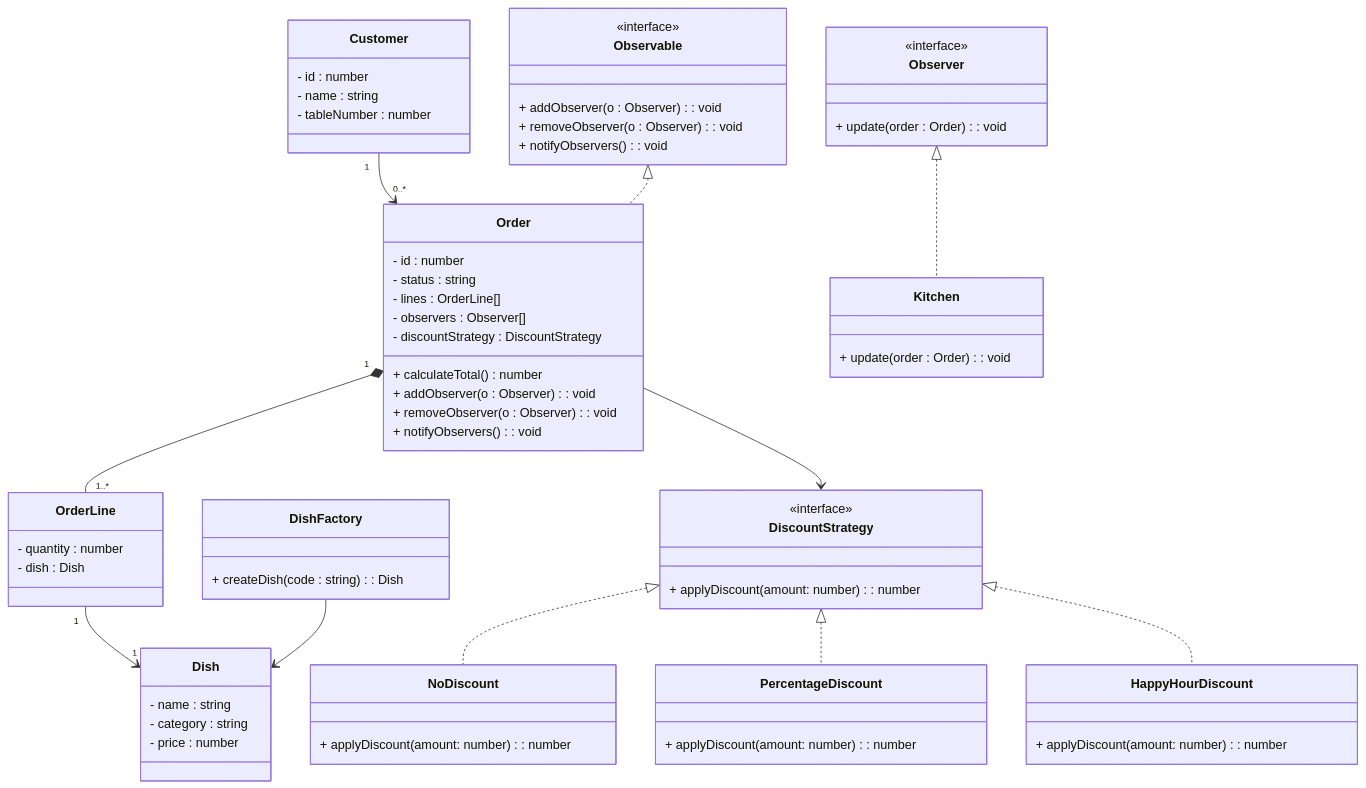
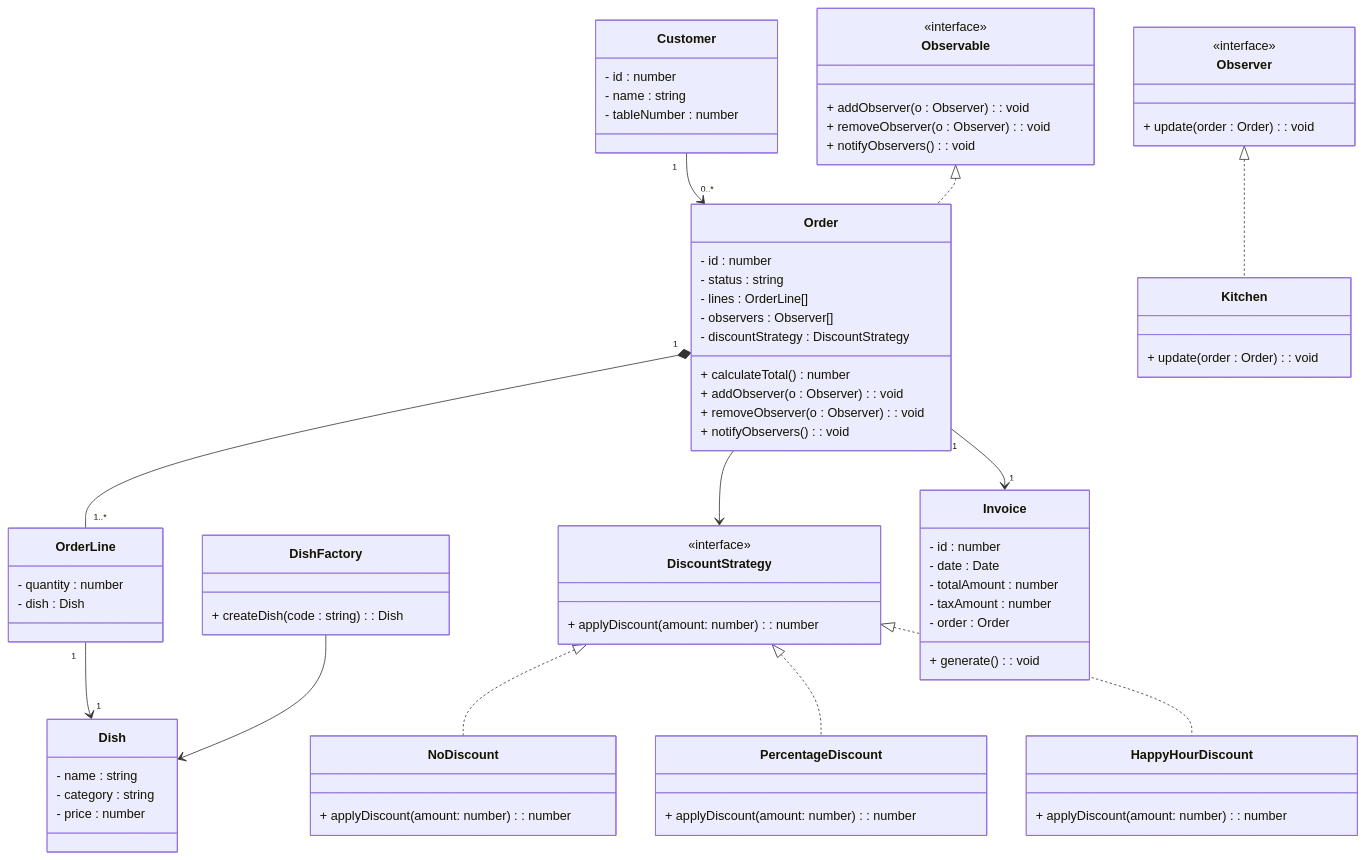
One commit to Marjo14/Exo-marre changed the diagram in Commande-Restaurant/commande-restaurant.md. Above: the diagram before and after it, drawn with Mermaid.

Commit message:
finalize diagram, uml, design pattern

````diff
--- a/Commande-Restaurant/commande-restaurant.md
+++ b/Commande-Restaurant/commande-restaurant.md
@@ -57,9 +57,19 @@
   + applyDiscount(amount: number) : number
 }
 
+class Invoice {
+  - id : number
+  - date : Date
+  - totalAmount : number
+  - taxAmount : number
+  - order : Order
+  + generate() : void
+}
+
 class Kitchen {
   + update(order : Order) : void
 }
+
 
 class Observable {
   <<interface>>
@@ -73,9 +83,6 @@
   + update(order : Order) : void
 }
 
-
-
-
 Customer "1" --> "0..*" Order
 Order "1" *-- "1..*" OrderLine
 OrderLine "1" --> "1" Dish
@@ -86,6 +93,7 @@
 DiscountStrategy <|.. HappyHourDiscount
 Observable <|.. Order
 Observer <|.. Kitchen
+Order "1" --> "1" Invoice
 
 
 ```
````
